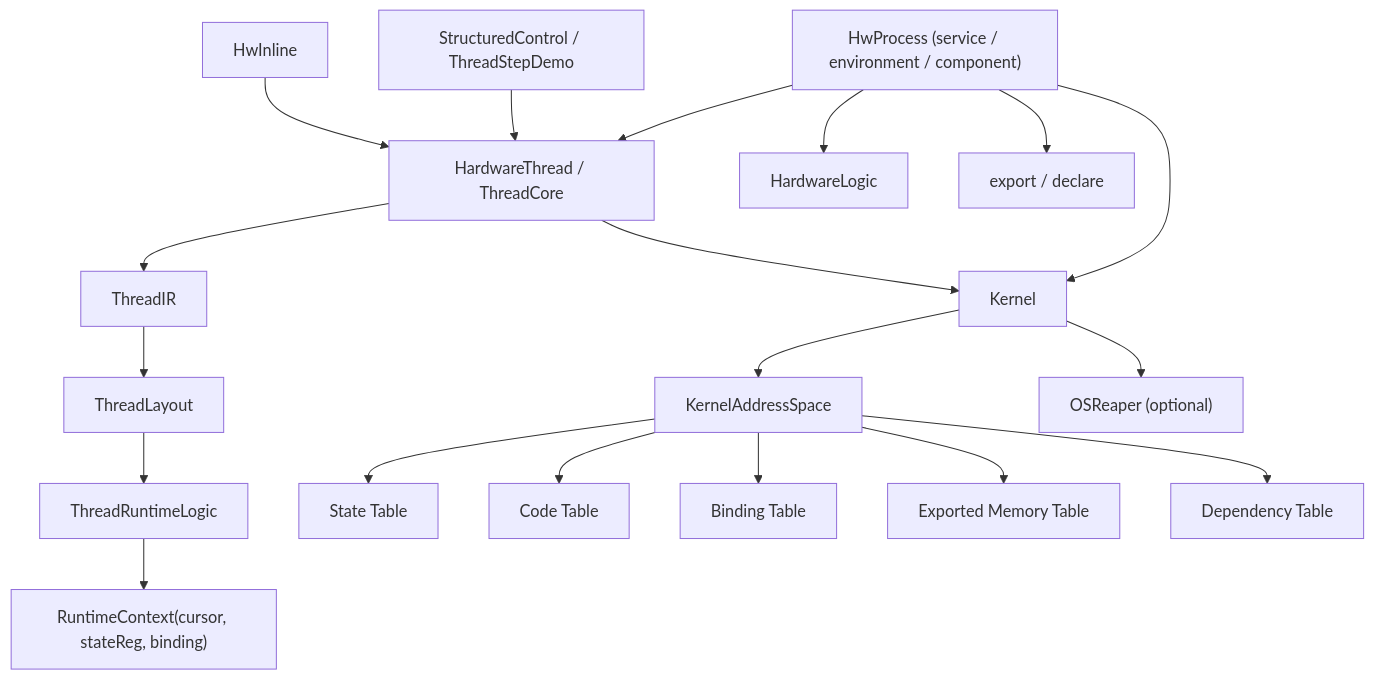
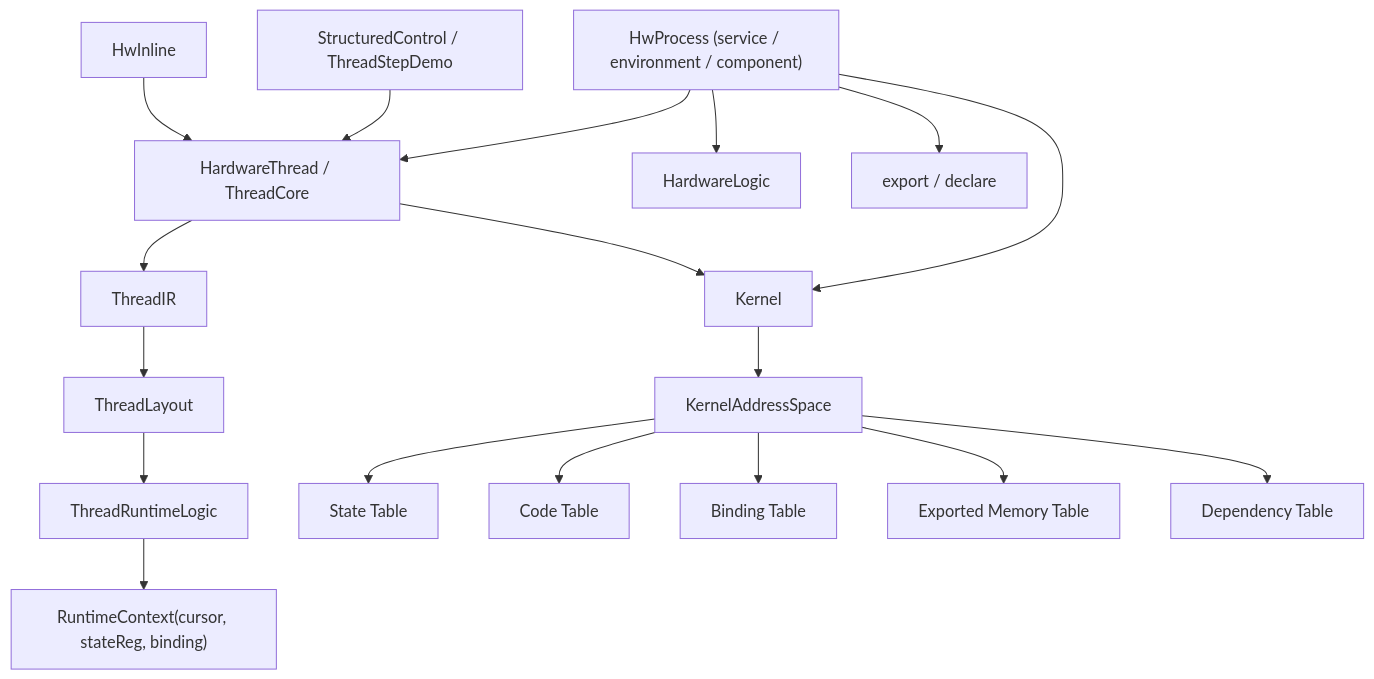
Before and after one commit to NullStarfish/HwOS: the diagram in docs/architecture.md, drawn with Mermaid. The commit also changed other lines of this file and 33 other files, not shown here.

````diff
--- a/docs/architecture.md
+++ b/docs/architecture.md
@@ -40,21 +40,20 @@
 ```mermaid
 graph TD
   P["HwProcess (service / environment / component)"] --> T["HardwareThread / ThreadCore"]
   P --> L["HardwareLogic"]
   P --> X["export / declare"]
   T --> IR["ThreadIR"]
   IR --> LO["ThreadLayout"]
   LO --> RT["ThreadRuntimeLogic"]
   RT --> RC["RuntimeContext(cursor, stateReg, binding)"]
   T --> K["Kernel"]
   P --> K
   K --> AS["KernelAddressSpace"]
   AS --> ST["State Table"]
   AS --> CT["Code Table"]
   AS --> BT["Binding Table"]
   AS --> ET["Exported Memory Table"]
   AS --> DT["Dependency Table"]
-  K --> R["OSReaper (optional)"]
   I["HwInline"] --> T
   C["StructuredControl / ThreadStepDemo"] --> T
 ```
````
